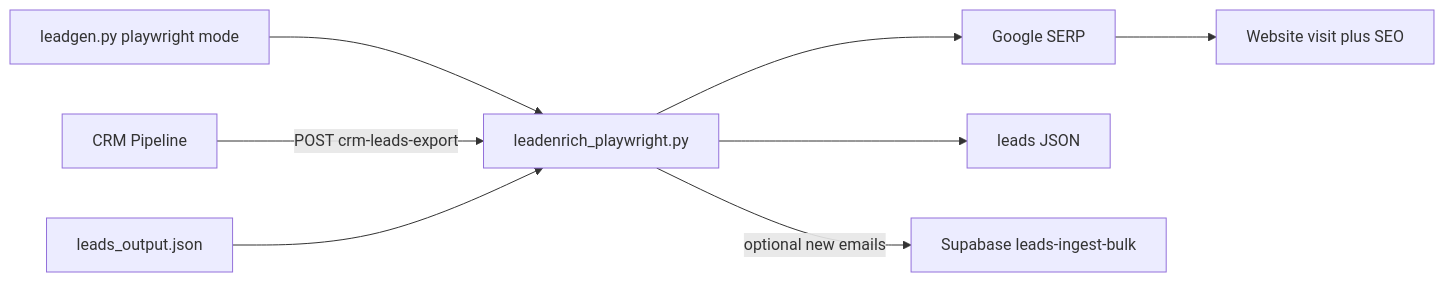
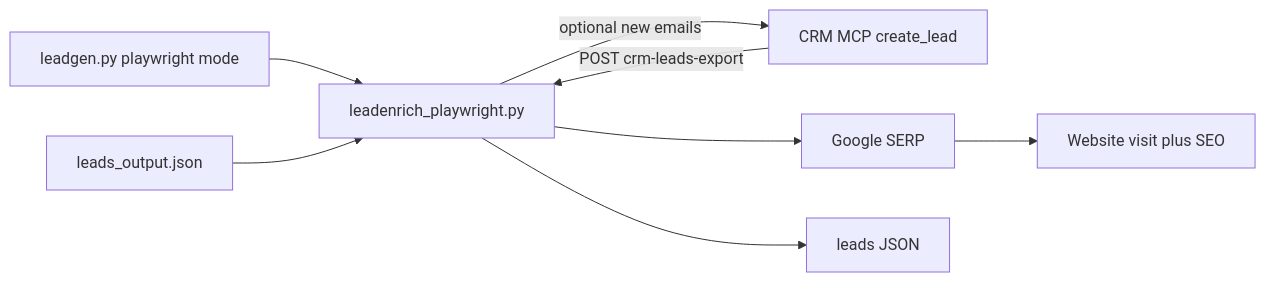
One commit to StaticxViper/cjm-dev changed the diagram in documentation/scripts/leadenrich_playwright.md. Above: the diagram before and after it, drawn with Mermaid. The commit also changed other lines of this file and 14 other files, not shown here.

First line of the commit message:
Refactor lead automation to integrate CRM MCP for lead creation

````diff
--- a/documentation/scripts/leadenrich_playwright.md
+++ b/documentation/scripts/leadenrich_playwright.md
@@ -69,10 +70,10 @@
 ```mermaid
 flowchart LR
   leadgen[leadgen.py playwright mode] --> pw[leadenrich_playwright.py]
   crm[CRM Pipeline] -->|POST crm-leads-export| pw
   jsonIn[leads_output.json] --> pw
   pw --> google[Google SERP]
   google --> site[Website visit plus SEO]
   pw --> jsonOut[leads JSON]
-  pw -->|optional new emails| supabase[Supabase leads-ingest-bulk]
+  pw -->|optional new emails| crm[CRM MCP create_lead]
 ```
````
